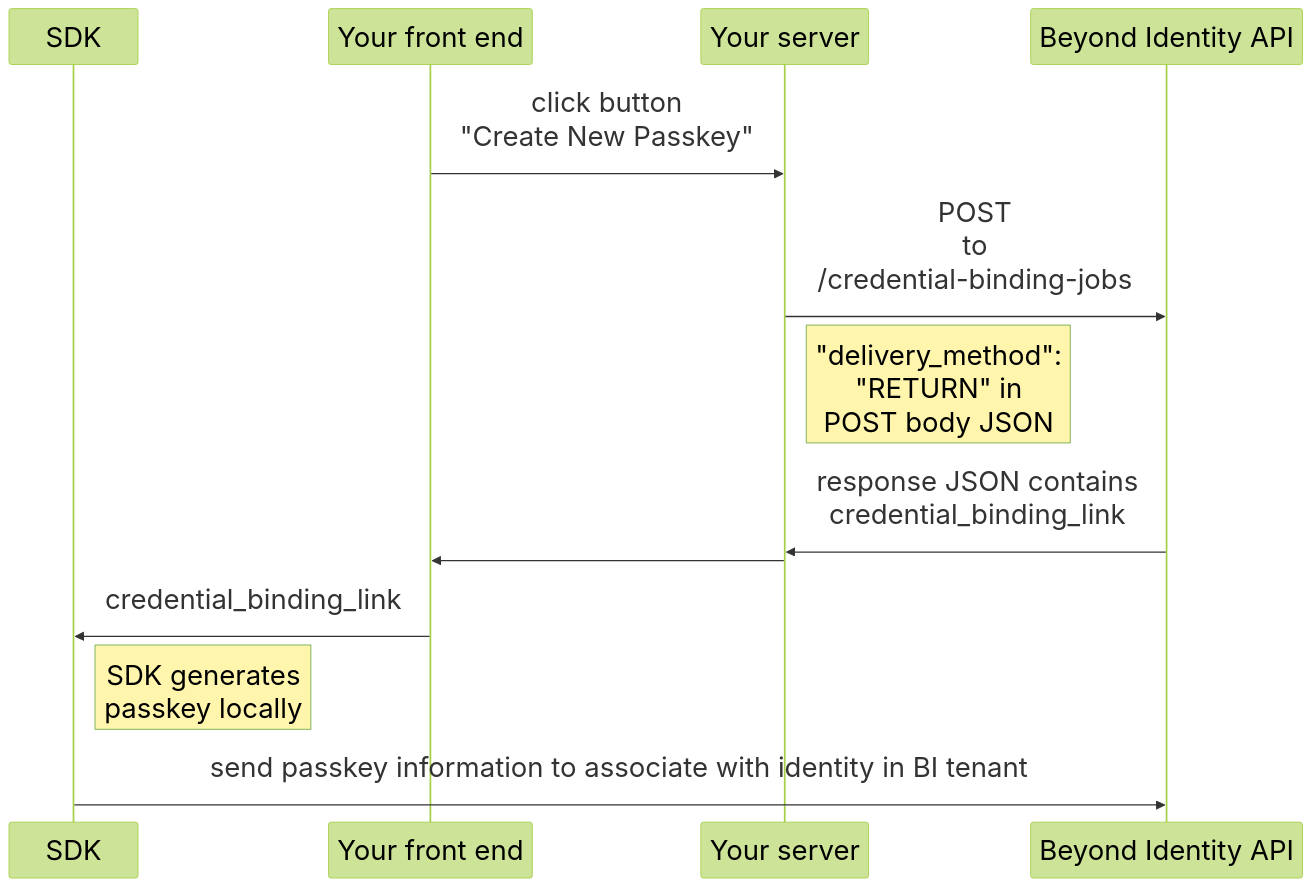
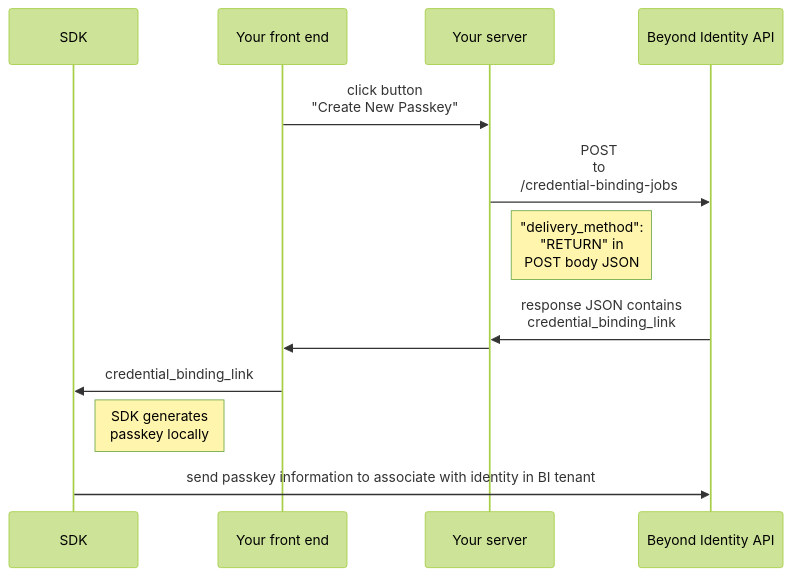
Before and after one commit to gobeyondidentity/developer-docs: the second of 2 diagrams in docs/platform-overview/authenticator-config.md, drawn with Mermaid (forest theme). The commit also changed other lines of this file and 1 other file, not shown here.

Commit message:
fix invocation_url_diagram

````diff
--- a/docs/platform-overview/authenticator-config.md
+++ b/docs/platform-overview/authenticator-config.md
@@ -135,17 +132,15 @@
 ```mermaid
-%%{init: { 'fontSize': 32 } }%%
 sequenceDiagram
     participant SDK
-	participant Your front end
+    participant Your front end
     participant Your server
-	participant Beyond Identity API
-
-	Your front end ->> Your server: click button<br/>"Create New Passkey"
-	Your server ->> Beyond Identity API: POST<br/> to<br/> /credential-binding-jobs
-	Note right of Your server: "delivery_method":<br/> "RETURN" in<br/> POST body JSON
-	Beyond Identity API ->> Your server: response JSON contains<br/> credential_binding_link
-	Your server ->> Your front end:
-	Your front end ->> SDK: credential_binding_link
-	Note right of SDK: SDK generates<br/> passkey locally
-	SDK ->> Beyond Identity API: send passkey information to associate with identity in BI tenant
-```
+    participant Beyond Identity API 
+    Your front end ->> Your server: click button<br/>"Create New Passkey"
+    Your server ->> Beyond Identity API: POST<br/> to<br/> /credential-binding-jobs
+    Note right of Your server: "delivery_method":<br/> "RETURN" in<br/> POST body JSON
+    Beyond Identity API ->> Your server: response JSON contains<br/> credential_binding_link
+    Your server ->> Your front end: 
+    Your front end ->> SDK: credential_binding_link
+    Note right of SDK: SDK generates<br/> passkey locally
+    SDK ->> Beyond Identity API: send passkey information to associate with identity in BI tenant
+``` 
````
